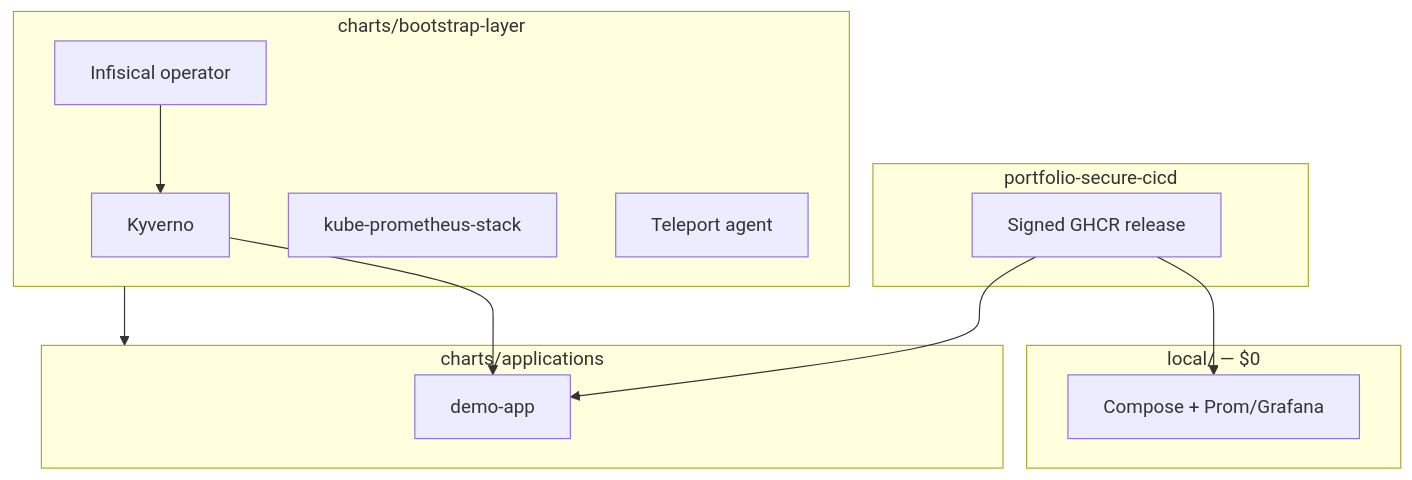
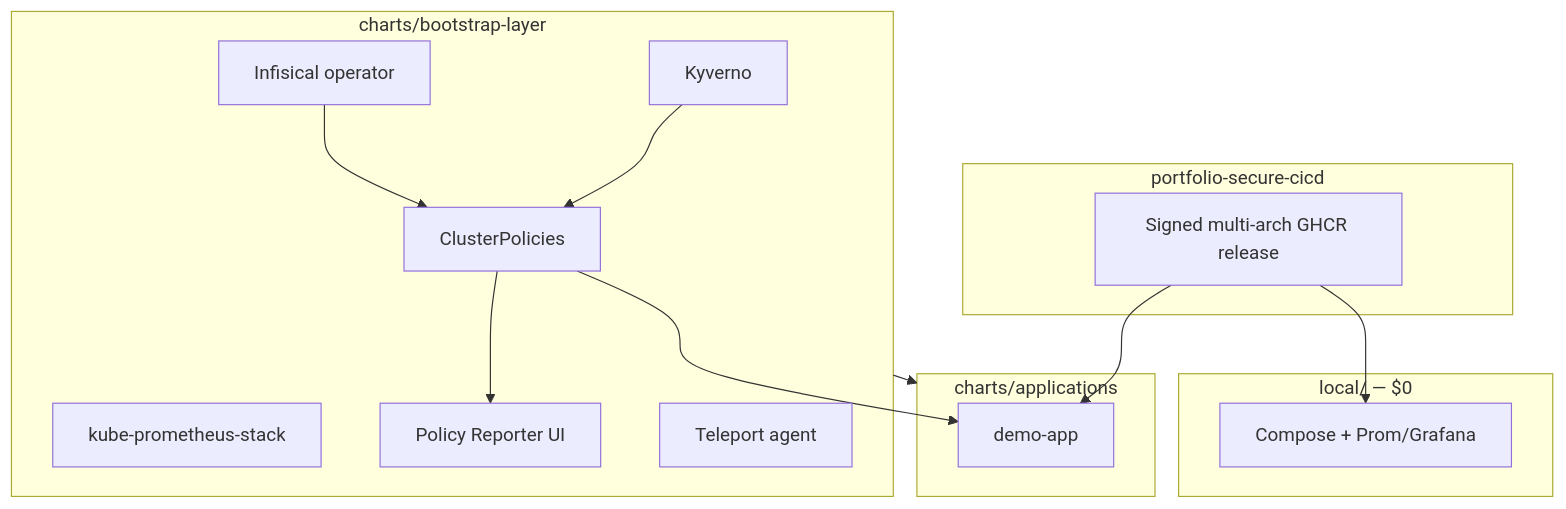
One commit to sauravrana646/portfolio-cloud-platform changed the diagram in README.md. Above: the diagram before and after it, drawn with Mermaid. The commit also changed other lines of this file and 14 other files, not shown here.

````diff
--- a/README.md
+++ b/README.md
@@ -57,23 +59,27 @@
 ```mermaid
 flowchart TB
   subgraph upstream [portfolio-secure-cicd]
-    Rel[Signed GHCR release]
+    Rel[Signed multi-arch GHCR release]
   end
   subgraph localpath [local/ — $0]
     Compose[Compose + Prom/Grafana]
   end
   subgraph boot [charts/bootstrap-layer]
     Kyverno[Kyverno]
     Prom[kube-prometheus-stack]
     InfOp[Infisical operator]
+    Policies[ClusterPolicies]
+    Reporter[Policy Reporter UI]
     Teleport[Teleport agent]
   end
   subgraph apps [charts/applications]
     Demo[demo-app]
   end
   Rel --> Compose
   Rel --> Demo
-  InfOp --> Kyverno
-  Kyverno --> Demo
+  InfOp --> Policies
+  Policies --> Demo
+  Policies --> Reporter
+  Kyverno --> Policies
   boot --> apps
 ```
````
